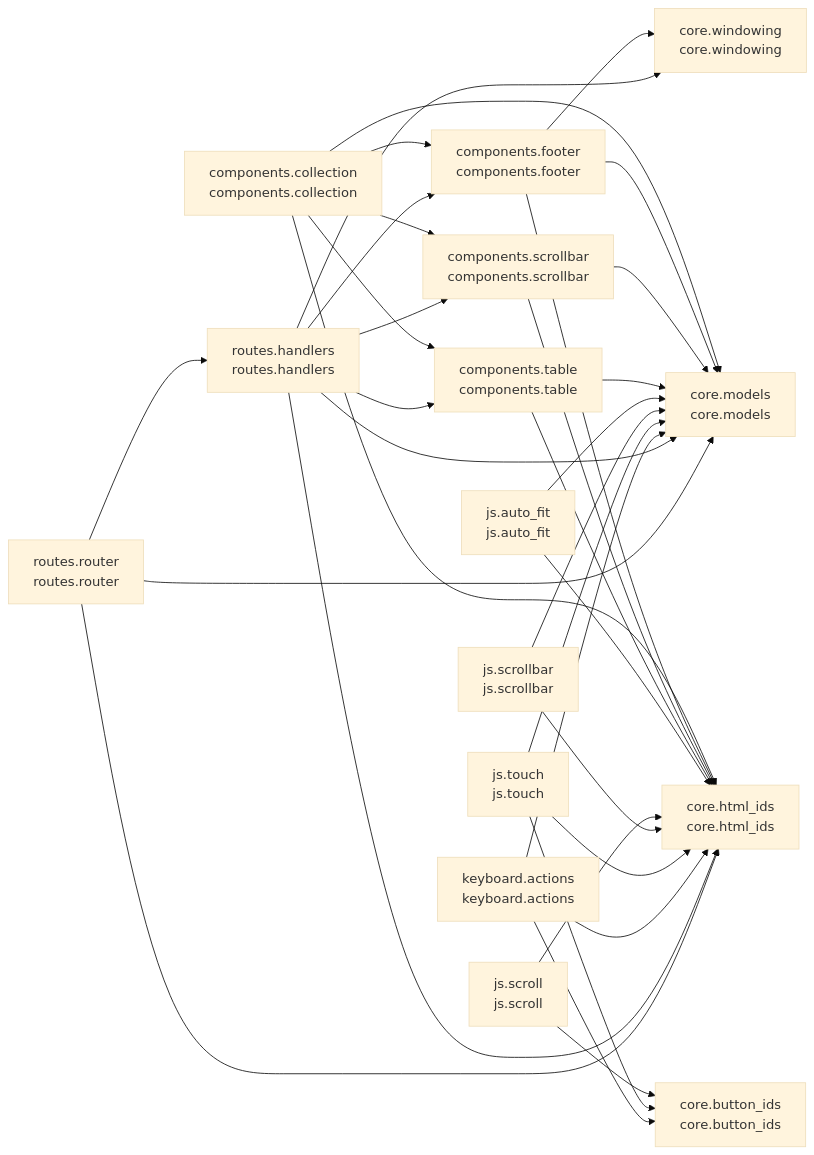
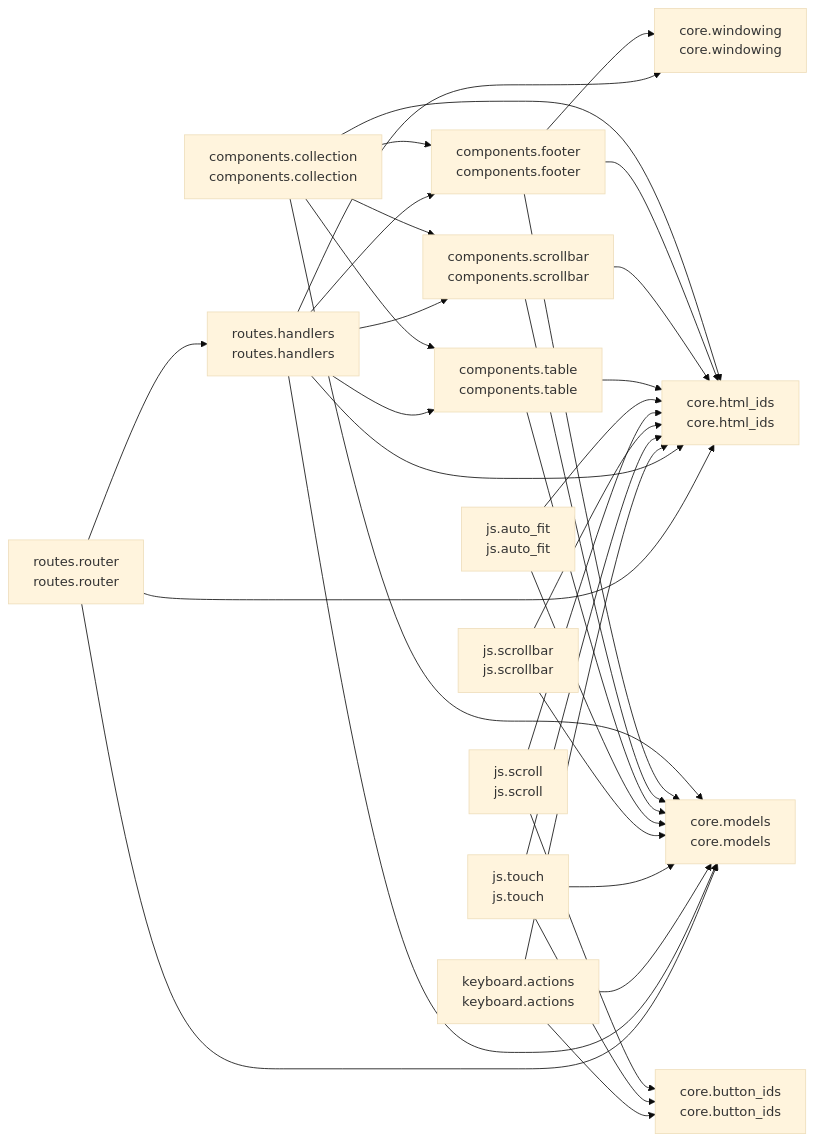
The diagram in README.md (cj-mills/cjm-fasthtml-virtual-collection), drawn with Mermaid (base theme) before and after one commit. The commit also changed other lines of this file and 12 other files, not shown here.

````diff
--- a/README.md
+++ b/README.md
@@ -40,52 +40,52 @@
 ``` mermaid
 graph LR
     components_collection[components.collection<br/>components.collection]
     components_footer[components.footer<br/>components.footer]
     components_scrollbar[components.scrollbar<br/>components.scrollbar]
     components_table[components.table<br/>components.table]
     core_button_ids[core.button_ids<br/>core.button_ids]
     core_html_ids[core.html_ids<br/>core.html_ids]
     core_models[core.models<br/>core.models]
     core_windowing[core.windowing<br/>core.windowing]
     js_auto_fit[js.auto_fit<br/>js.auto_fit]
     js_scroll[js.scroll<br/>js.scroll]
     js_scrollbar[js.scrollbar<br/>js.scrollbar]
     js_touch[js.touch<br/>js.touch]
     keyboard_actions[keyboard.actions<br/>keyboard.actions]
     routes_handlers[routes.handlers<br/>routes.handlers]
     routes_router[routes.router<br/>routes.router]
 
     components_collection --> components_footer
+    components_collection --> core_models
     components_collection --> components_scrollbar
     components_collection --> components_table
-    components_collection --> core_models
     components_collection --> core_html_ids
     components_footer --> core_windowing
+    components_footer --> core_html_ids
     components_footer --> core_models
-    components_footer --> core_html_ids
+    components_scrollbar --> core_html_ids
     components_scrollbar --> core_models
-    components_scrollbar --> core_html_ids
     components_table --> core_models
     components_table --> core_html_ids
     js_auto_fit --> core_models
     js_auto_fit --> core_html_ids
+    js_scroll --> core_html_ids
     js_scroll --> core_button_ids
-    js_scroll --> core_html_ids
+    js_scrollbar --> core_html_ids
     js_scrollbar --> core_models
-    js_scrollbar --> core_html_ids
+    js_touch --> core_html_ids
     js_touch --> core_models
     js_touch --> core_button_ids
-    js_touch --> core_html_ids
+    keyboard_actions --> core_html_ids
     keyboard_actions --> core_models
-    keyboard_actions --> core_html_ids
     keyboard_actions --> core_button_ids
     routes_handlers --> core_windowing
     routes_handlers --> components_footer
+    routes_handlers --> core_models
     routes_handlers --> components_scrollbar
-    routes_handlers --> core_models
+    routes_handlers --> core_html_ids
     routes_handlers --> components_table
-    routes_handlers --> core_html_ids
     routes_router --> routes_handlers
     routes_router --> core_models
     routes_router --> core_html_ids
 ```
````
